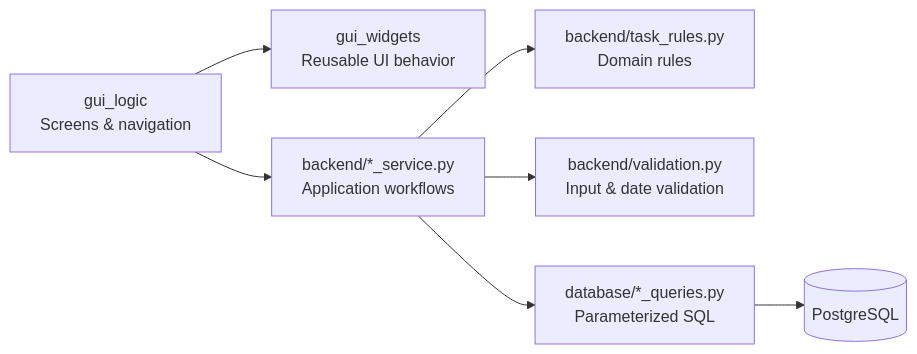
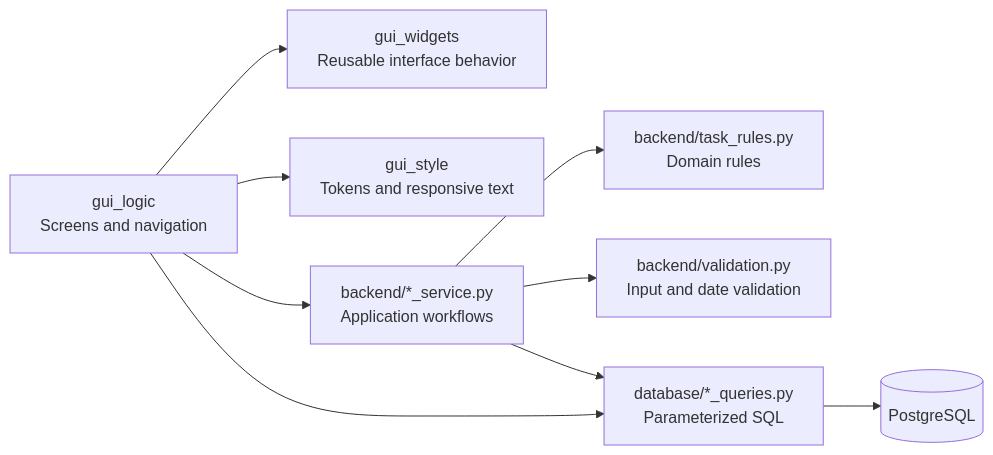
One commit to GioEspinoza/AssignmentAssessor changed the first of 2 diagrams in README.md. Above: the diagram before and after it, drawn with Mermaid. The commit also changed other lines of this file and 6 other files, not shown here.

````diff
--- a/README.md
+++ b/README.md
@@ -99,17 +142,20 @@
 ```mermaid
 flowchart LR
-    UI["gui_logic<br/>Screens & navigation"]
-    Widgets["gui_widgets<br/>Reusable UI behavior"]
+    UI["gui_logic<br/>Screens and navigation"]
+    Widgets["gui_widgets<br/>Reusable interface behavior"]
+    Style["gui_style<br/>Tokens and responsive text"]
     Services["backend/*_service.py<br/>Application workflows"]
     Rules["backend/task_rules.py<br/>Domain rules"]
-    Validation["backend/validation.py<br/>Input & date validation"]
+    Validation["backend/validation.py<br/>Input and date validation"]
     Queries["database/*_queries.py<br/>Parameterized SQL"]
     DB[("PostgreSQL")]
 
     UI --> Widgets
+    UI --> Style
     UI --> Services
     Services --> Rules
     Services --> Validation
     Services --> Queries
+    UI --> Queries
     Queries --> DB
 ```
````
